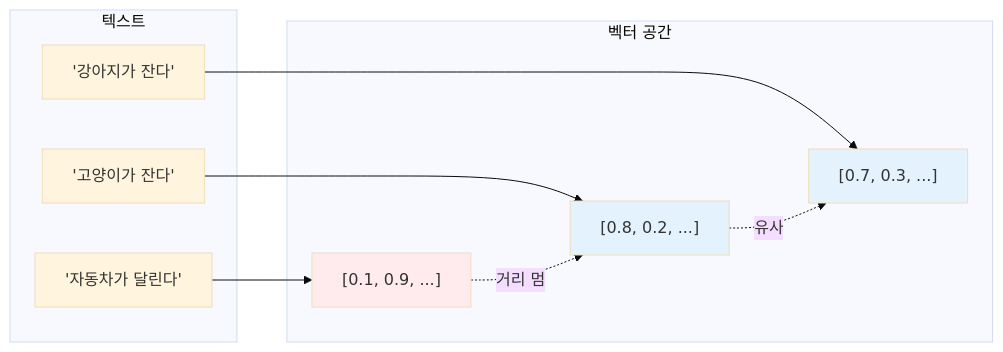
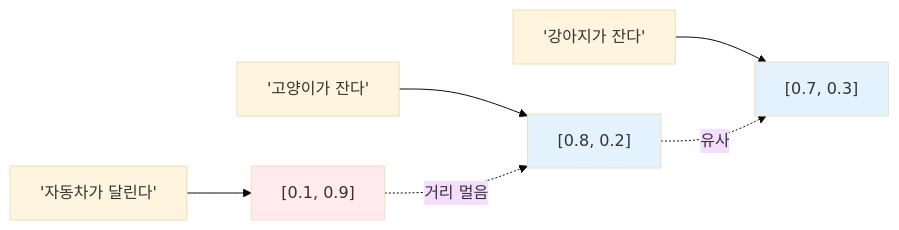
Before and after one commit to Gyeom/dev-notes: the fourth of 10 diagrams in content/posts/2025-10-05-rag-system-design-guide.md, drawn with Mermaid (base theme). The commit also changed other lines of this file and 7 other files, not shown here.

First line of the commit message:
Fix: 전체 포스트 Mermaid 다이어그램 가로 배치 적용

````diff
--- a/content/posts/2025-10-05-rag-system-design-guide.md
+++ b/content/posts/2025-10-05-rag-system-design-guide.md
@@ -137,25 +135,13 @@
 ```mermaid
 flowchart LR
-    subgraph Text["텍스트"]
-        T1["'고양이가 잔다'"]
-        T2["'강아지가 잔다'"]
-        T3["'자동차가 달린다'"]
-    end
-
-    subgraph Vector["벡터 공간"]
-        V1["[0.8, 0.2, ...]"]
-        V2["[0.7, 0.3, ...]"]
-        V3["[0.1, 0.9, ...]"]
-    end
-
-    T1 --> V1
-    T2 --> V2
-    T3 --> V3
+    T1["'고양이가 잔다'"] --> V1["[0.8, 0.2]"]
+    T2["'강아지가 잔다'"] --> V2["[0.7, 0.3]"]
+    T3["'자동차가 달린다'"] --> V3["[0.1, 0.9]"]
 
     V1 -.->|유사| V2
-    V3 -.->|거리 멈| V1
+    V3 -.->|거리 멀음| V1
 
     style V1 fill:#E3F2FD
     style V2 fill:#E3F2FD
     style V3 fill:#FFEBEE
 ```
````
